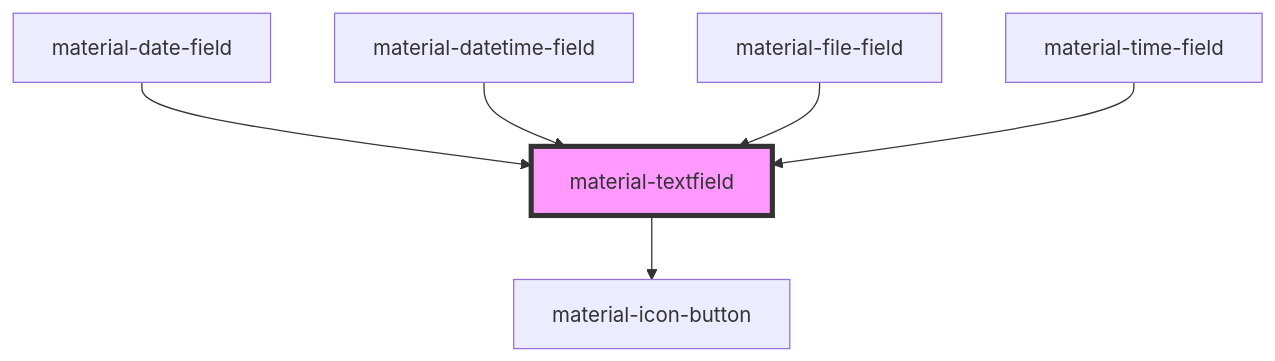
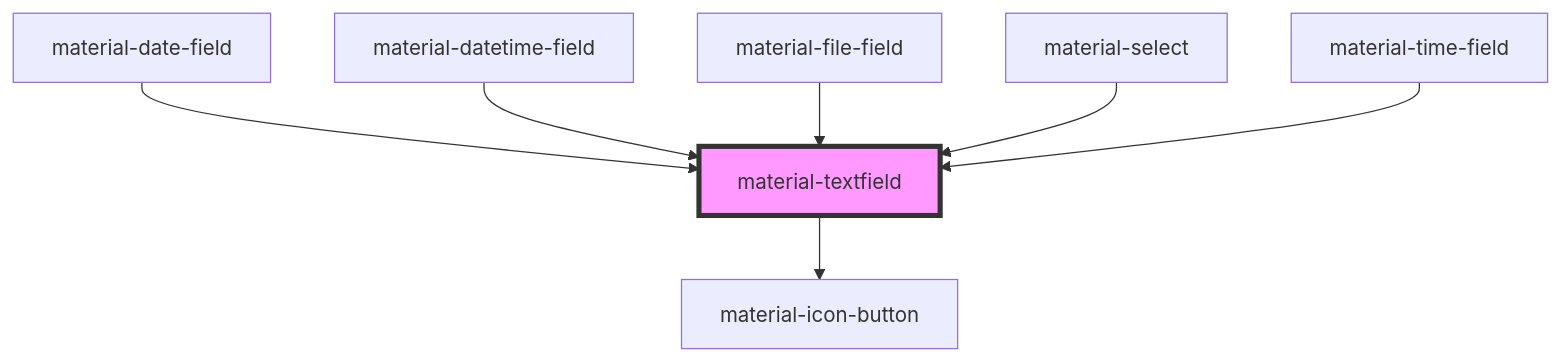
Before and after one commit to RobustaRush/material: the diagram in src/components/material-textfield/readme.md, drawn with Mermaid. The commit also changed other lines of this file and 13 other files, not shown here.

First line of the commit message:
feat: material-select + material-option + material-optgroup

````diff
--- a/src/components/material-textfield/readme.md
+++ b/src/components/material-textfield/readme.md
@@ -57,9 +58,10 @@
 ```mermaid
 graph TD;
   material-textfield --> material-icon-button
   material-date-field --> material-textfield
   material-datetime-field --> material-textfield
   material-file-field --> material-textfield
+  material-select --> material-textfield
   material-time-field --> material-textfield
   style material-textfield fill:#f9f,stroke:#333,stroke-width:4px
 ```
````
